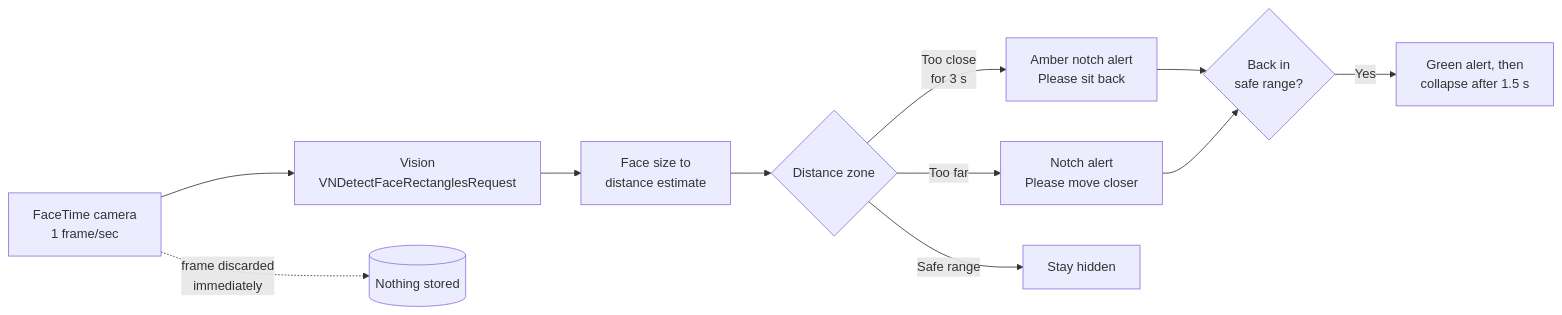
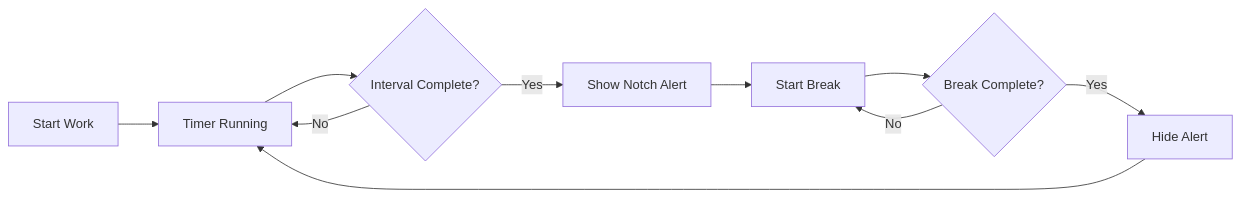
Before and after one commit to shiivu18/LookAway: the second of 4 diagrams in README.md, drawn with Mermaid. The commit also changed other lines of this file, not shown here.

````diff
--- a/README.md
+++ b/README.md
@@ -223,25 +225,21 @@
 ```mermaid
-
 flowchart LR
 
-    A[FaceTime camera<br/>1 frame/sec] --> B[Vision<br/>VNDetectFaceRectanglesRequest]
+    A[Start Work] --> B[Timer Running]
 
-    B --> C[Face size to<br/>distance estimate]
+    B --> C{Interval Complete?}
 
-    C --> D{Distance zone}
+    C -- No --> B
 
-    D -- Too close<br/>for 3 s --> E[Amber notch alert<br/>Please sit back]
+    C -- Yes --> D[Show Notch Alert]
 
-    D -- Too far --> J[Notch alert<br/>Please move closer]
+    D --> E[Start Break]
 
-    D -- Safe range --> F[Stay hidden]
+    E --> F{Break Complete?}
 
-    E --> G{Back in<br/>safe range?}
+    F -- No --> E
 
-    J --> G
+    F -- Yes --> G[Hide Alert]
 
-    G -- Yes --> H[Green alert, then<br/>collapse after 1.5 s]
-
-    A -. frame discarded<br/>immediately .-> X[(Nothing stored)]
-
+    G --> B
 ```
````
